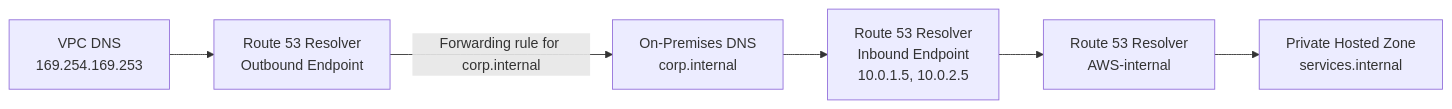
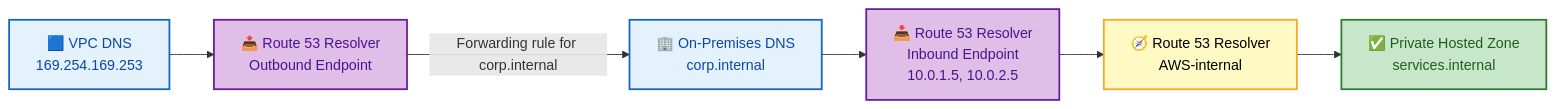
One commit to rakesh-budde/devops-guide changed the tenth of 13 diagrams in aws/03-NETWORKING.md. Above: the diagram before and after it, drawn with Mermaid. The commit also changed other lines of this file and 73 other files, not shown here.

````diff
--- a/aws/03-NETWORKING.md
+++ b/aws/03-NETWORKING.md
@@ -823,9 +1017,18 @@
 ```mermaid
 graph LR
-    OnPrem_DNS[On-Premises DNS<br/>corp.internal] --> Inbound[Route 53 Resolver<br/>Inbound Endpoint<br/>10.0.1.5, 10.0.2.5]
-    Inbound --> R53[Route 53 Resolver<br/>AWS-internal]
-    R53 --> PHZ[Private Hosted Zone<br/>services.internal]
-    
-    VPC_DNS[VPC DNS<br/>169.254.169.253] --> Outbound[Route 53 Resolver<br/>Outbound Endpoint]
-    Outbound -->|Forwarding rule for corp.internal| OnPrem_DNS
+    OnPrem_DNS["🏢 On-Premises DNS<br/>corp.internal"] --> Inbound["📥 Route 53 Resolver<br/>Inbound Endpoint<br/>10.0.1.5, 10.0.2.5"]
+    Inbound --> R53["🧭 Route 53 Resolver<br/>AWS-internal"]
+    R53 --> PHZ["✅ Private Hosted Zone<br/>services.internal"]
+    VPC_DNS["🟦 VPC DNS<br/>169.254.169.253"] --> Outbound["📤 Route 53 Resolver<br/>Outbound Endpoint"]
+    Outbound -->|"Forwarding rule for corp.internal"| OnPrem_DNS
+    class OnPrem_DNS,VPC_DNS start
+    class Inbound,Outbound ctrl
+    class R53 proc
+    class PHZ good
+    classDef start fill:#e3f2fd,stroke:#1565c0,color:#0d47a1,stroke-width:2px;
+    classDef proc fill:#fff9c4,stroke:#f9a825,color:#000,stroke-width:2px;
+    classDef good fill:#c8e6c9,stroke:#2e7d32,color:#1b5e20,stroke-width:2px;
+    classDef bad fill:#ffcdd2,stroke:#c62828,color:#b71c1c,stroke-width:2px;
+    classDef ctrl fill:#e1bee7,stroke:#6a1b9a,color:#4a148c,stroke-width:2px;
+    classDef store fill:#ffe0b2,stroke:#e65100,color:#000,stroke-width:2px;
 ```
````
